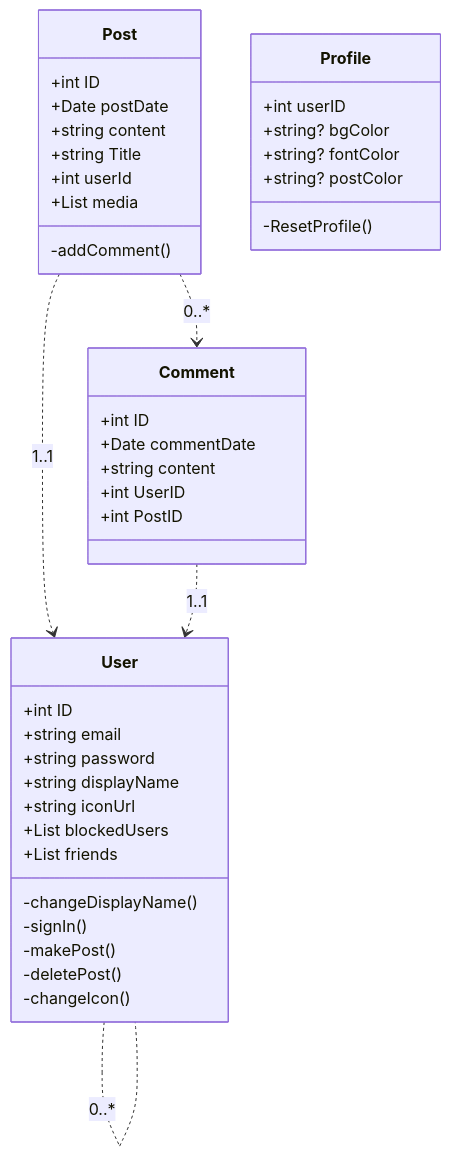
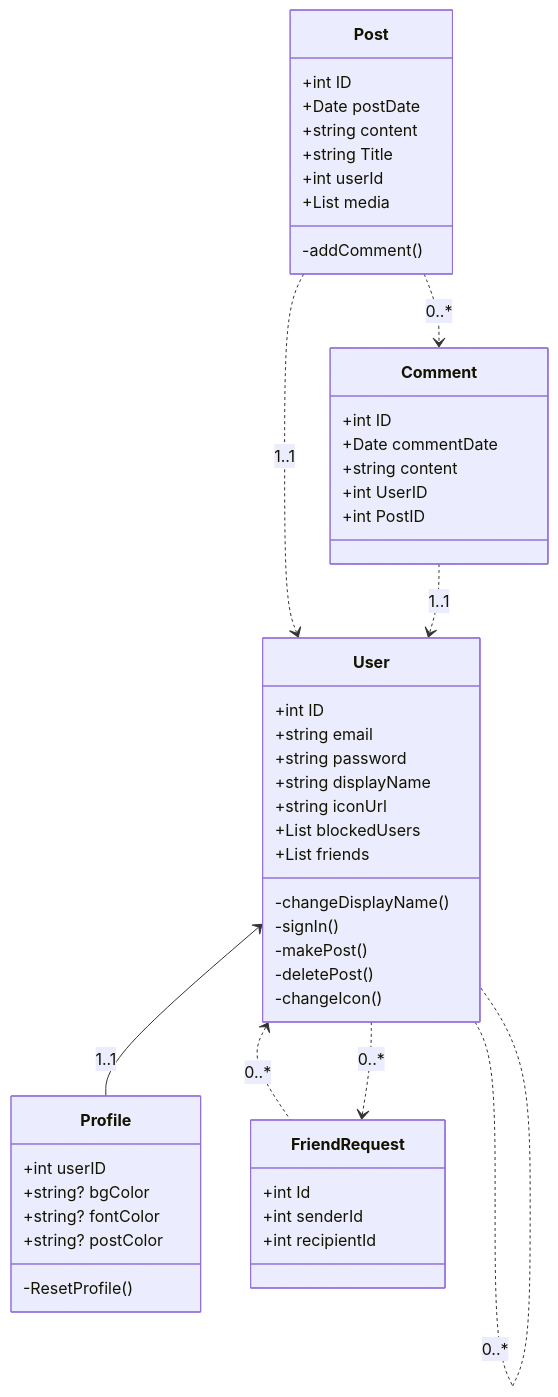
Before and after one commit to nora-hansen/blogging-site: the diagram in BlogAPI/docs/er-diagram.md, drawn with Mermaid.

Commit message:
Updated class diagram

````diff
--- a/BlogAPI/docs/er-diagram.md
+++ b/BlogAPI/docs/er-diagram.md
@@ -1,42 +1,48 @@
 ```mermaid
 classDiagram
 	User : +int ID
 	User : +string email
 	User : +string password
 	User : +string displayName
 	User : +string iconUrl
 	User : +List blockedUsers
 	User : +List friends
 	User : -changeDisplayName()
 	User : -signIn()
 	User : -makePost()
 	User : -deletePost()
 	User : -changeIcon()
 
 	Post : +int ID
 	Post : +Date postDate
 	Post : +string content
 	Post : +string Title
 	Post : +int userId
 	Post : +List media 
 	Post : -addComment()
 
 	Comment : +int ID
 	Comment : +Date commentDate
 	Comment : +string content
 	Comment : +int UserID
 	Comment : +int PostID
 	
 	Profile : +int userID
 	Profile : +string? bgColor
 	Profile : +string? fontColor
 	Profile : +string? postColor
 	Profile : -ResetProfile()
+	
+	FriendRequest : +int Id
+	FriendRequest : +int senderId
+	FriendRequest : +int recipientId
 
 	Post ..> User : 1..1
 	Comment ..> User : 1..1
 	Post ..> Comment : 0..*
 	User .. User : 0..*
 	User .. User : 0..*
-	
+	User <.. FriendRequest : 0..*
+	User ..>FriendRequest : 0..*
+	User <-- Profile : 1..1
 ```
````
